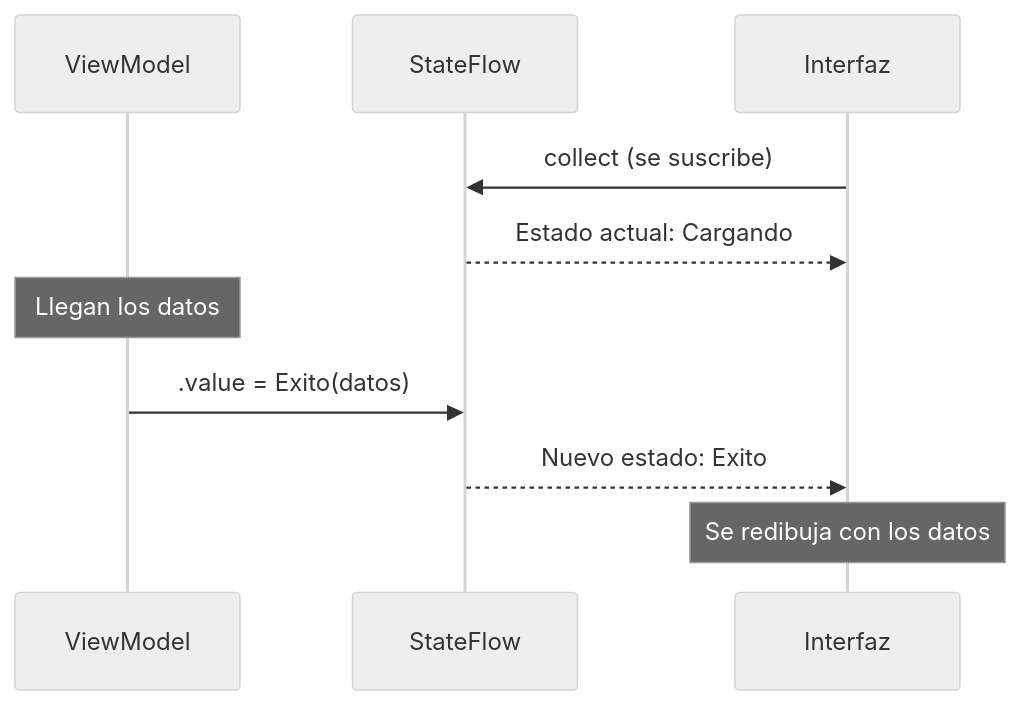
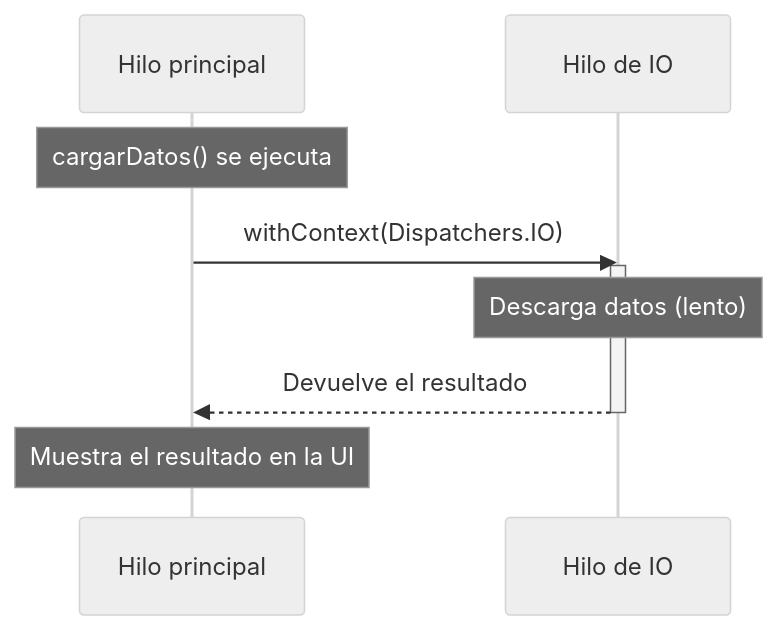
The diagram in docs/content/part05/chapter24.md (jmcandia/android-kotlin-desde-cero), drawn with Mermaid (neutral theme) before and after one commit. The commit also changed other lines of this file and 74 other files, not shown here.

````diff
--- a/docs/content/part05/chapter24.md
+++ b/docs/content/part05/chapter24.md
@@ -120,12 +126,12 @@
 ```mermaid
 sequenceDiagram
-    participant VM as ViewModel
-    participant SF as StateFlow
-    participant UI as Interfaz
-    UI->>SF: collect (se suscribe)
-    SF-->>UI: Estado actual: Cargando
-    Note over VM: Llegan los datos
-    VM->>SF: .value = Exito(datos)
-    SF-->>UI: Nuevo estado: Exito
-    Note over UI: Se redibuja con los datos
+    participant Main as Hilo principal
+    participant IO as Hilo de IO
+    Note over Main: cargarDatos() se ejecuta
+    Main->>IO: withContext(Dispatchers.IO)
+    activate IO
+    Note over IO: Descarga datos (lento)
+    IO-->>Main: Devuelve el resultado
+    deactivate IO
+    Note over Main: Muestra el resultado en la UI
 ```
````
